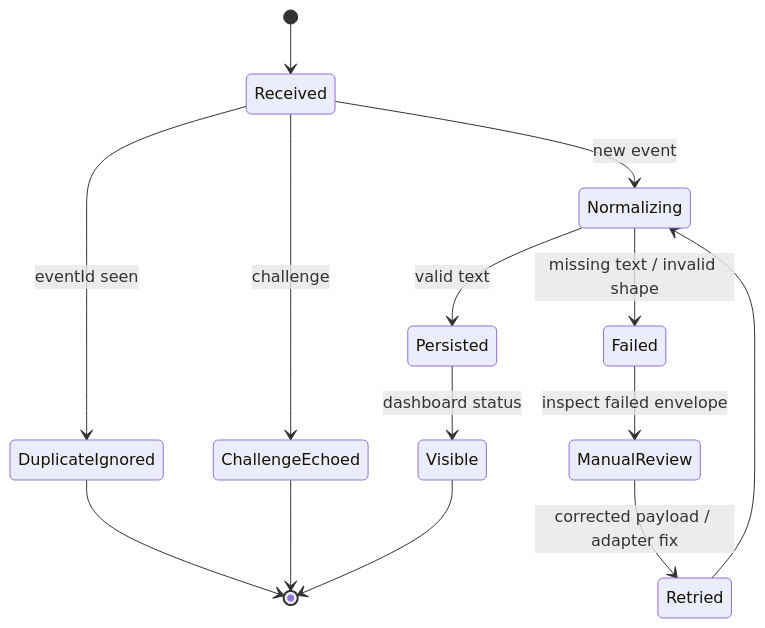
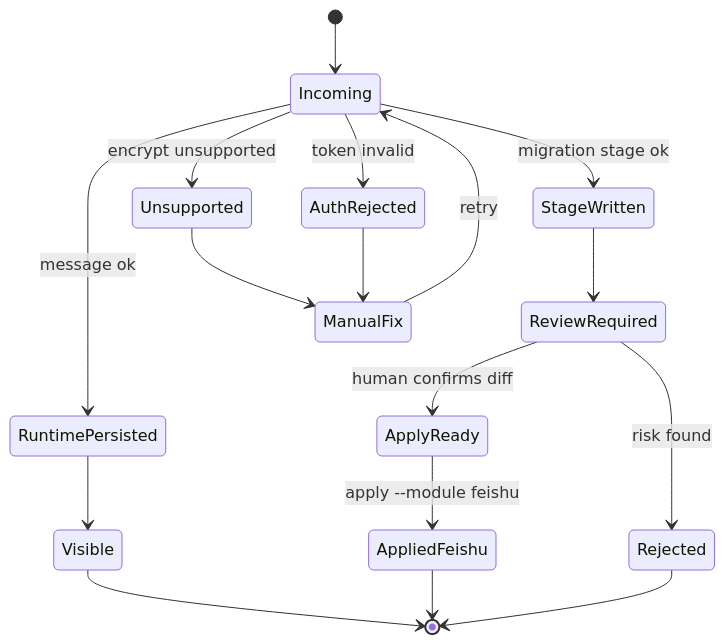
Before and after one commit to mayf3/myclaw: the fifth of 8 diagrams in docs/implementation-architecture.md, drawn with Mermaid. The commit also changed other lines of this file and 13 other files, not shown here.

````diff
--- a/docs/implementation-architecture.md
+++ b/docs/implementation-architecture.md
@@ -147,16 +186,19 @@
 ```mermaid
 stateDiagram-v2
-  [*] --> Received
-  Received --> ChallengeEchoed: challenge
-  Received --> DuplicateIgnored: eventId seen
-  Received --> Normalizing: new event
-  Normalizing --> Persisted: valid text
-  Normalizing --> Failed: missing text / invalid shape
-  Persisted --> Visible: dashboard status
-  Failed --> ManualReview: inspect failed envelope
-  ManualReview --> Retried: corrected payload / adapter fix
-  Retried --> Normalizing
-  DuplicateIgnored --> [*]
-  ChallengeEchoed --> [*]
+  [*] --> Incoming
+  Incoming --> AuthRejected: token invalid
+  Incoming --> Unsupported: encrypt unsupported
+  Incoming --> RuntimePersisted: message ok
+  Incoming --> StageWritten: migration stage ok
+  RuntimePersisted --> Visible
+  StageWritten --> ReviewRequired
+  ReviewRequired --> ApplyReady: human confirms diff
+  ApplyReady --> AppliedFeishu: apply --module feishu
+  ReviewRequired --> Rejected: risk found
+  Unsupported --> ManualFix
+  AuthRejected --> ManualFix
+  ManualFix --> Incoming: retry
   Visible --> [*]
+  AppliedFeishu --> [*]
+  Rejected --> [*]
 ```
````
